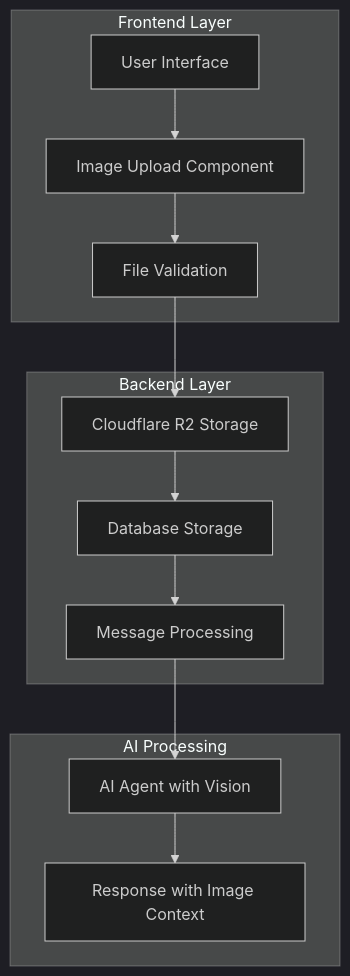
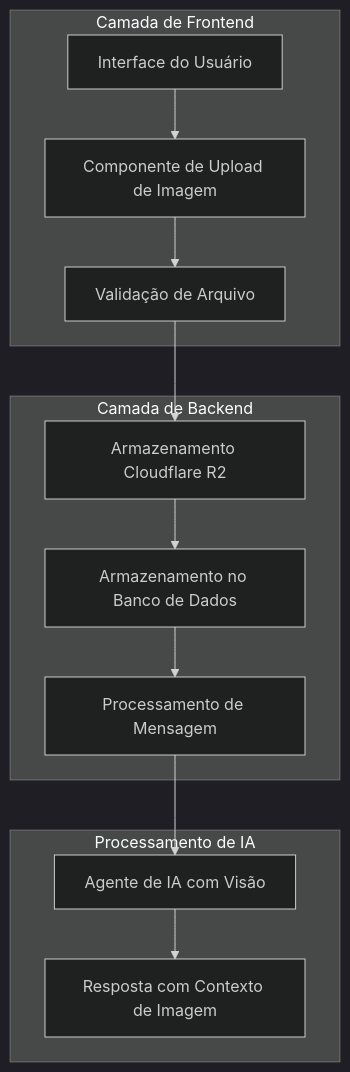
One commit to gumiranda/crazynator changed the diagram in specs/image-upload-prompt/design.md. Above: the diagram before and after it, drawn with Mermaid (dark theme). The commit also changed other lines of this file and 9 other files, not shown here.

````diff
--- a/specs/image-upload-prompt/design.md
+++ b/specs/image-upload-prompt/design.md
@@ -11,27 +11,27 @@
 ```mermaid
 graph TB
-    A[User Interface] --> B[Image Upload Component]
-    B --> C[File Validation]
-    C --> D[Cloudflare R2 Storage]
-    D --> E[Database Storage]
-    E --> F[Message Processing]
-    F --> G[AI Agent with Vision]
-    G --> H[Response with Image Context]
+    A[Interface do Usuário] --> B[Componente de Upload de Imagem]
+    B --> C[Validação de Arquivo]
+    C --> D[Armazenamento Cloudflare R2]
+    D --> E[Armazenamento no Banco de Dados]
+    E --> F[Processamento de Mensagem]
+    F --> G[Agente de IA com Visão]
+    G --> H[Resposta com Contexto de Imagem]
 
-    subgraph "Frontend Layer"
+    subgraph "Camada de Frontend"
         A
         B
         C
     end
 
-    subgraph "Backend Layer"
+    subgraph "Camada de Backend"
         D
         E
         F
     end
 
-    subgraph "AI Processing"
+    subgraph "Processamento de IA"
         G
         H
     end
 ```
````
